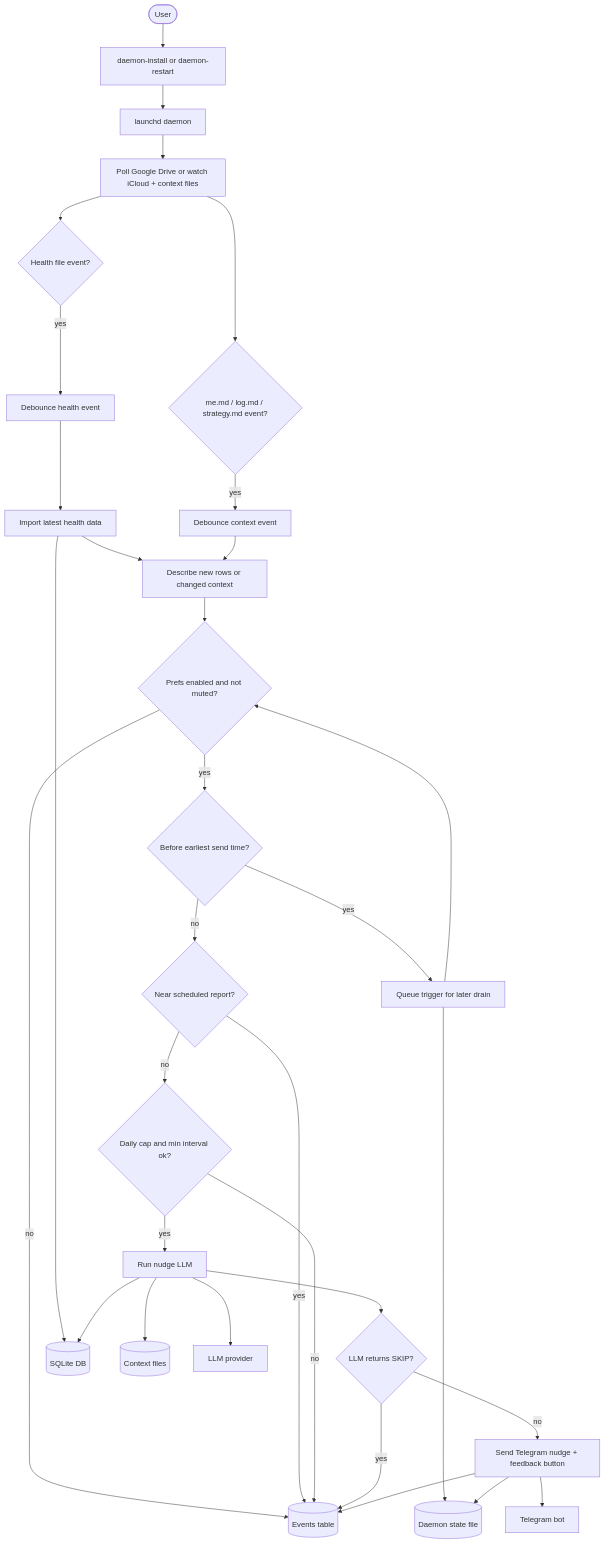
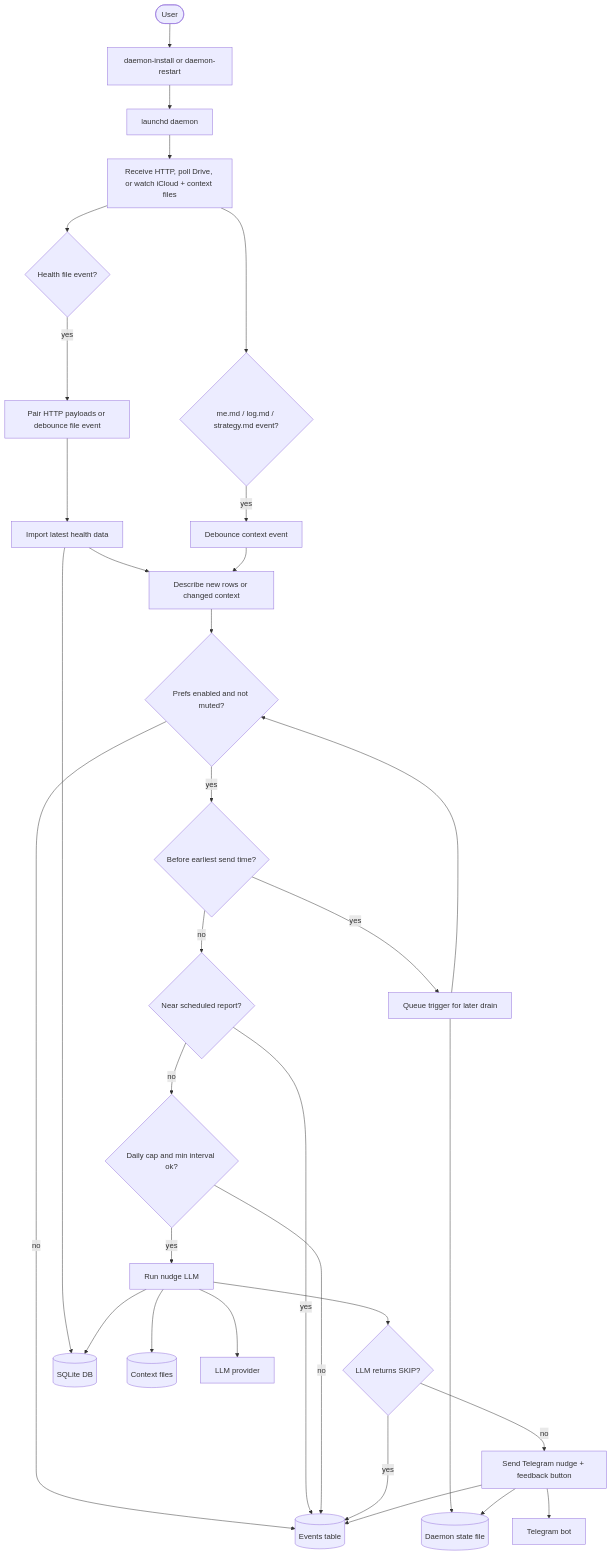
The fourth of 8 diagrams in docs/user-flow.md (Alchemication/zdrowskit), drawn with Mermaid before and after one commit. The commit also changed other lines of this file and 25 other files, not shown here.

````diff
--- a/docs/user-flow.md
+++ b/docs/user-flow.md
@@ -151,59 +172,59 @@
 ```mermaid
 flowchart TD
     user([User])
     install["daemon-install or daemon-restart"]
     daemon["launchd daemon"]
-    watcher["Poll Google Drive or watch iCloud + context files"]
+    watcher["Receive HTTP, poll Drive, or watch iCloud + context files"]
     healthEvent{"Health file event?"}
     contextEvent{"me.md / log.md / strategy.md event?"}
-    healthDebounce["Debounce health event"]
+    healthDebounce["Pair HTTP payloads or debounce file event"]
     contextDebounce["Debounce context event"]
     importData["Import latest health data"]
     delta["Describe new rows or changed context"]
     prefs{"Prefs enabled and not muted?"}
     quiet{"Before earliest send time?"}
     queue["Queue trigger for later drain"]
     reportWindow{"Near scheduled report?"}
     rate{"Daily cap and min interval ok?"}
     nudge["Run nudge LLM"]
     skip{"LLM returns SKIP?"}
     send["Send Telegram nudge + feedback button"]
     eventLog[(Events table)]
     state[(Daemon state file)]
     db[(SQLite DB)]
     context[(Context files)]
     llm["LLM provider"]
     telegram["Telegram bot"]
 
     user --> install
     install --> daemon
     daemon --> watcher
     watcher --> healthEvent
     watcher --> contextEvent
     healthEvent -- yes --> healthDebounce
     healthDebounce --> importData
     importData --> db
     importData --> delta
     contextEvent -- yes --> contextDebounce
     contextDebounce --> delta
     delta --> prefs
     prefs -- no --> eventLog
     prefs -- yes --> quiet
     quiet -- yes --> queue
     queue --> state
     queue --> prefs
     quiet -- no --> reportWindow
     reportWindow -- yes --> eventLog
     reportWindow -- no --> rate
     rate -- no --> eventLog
     rate -- yes --> nudge
     nudge --> db
     nudge --> context
     nudge --> llm
     nudge --> skip
     skip -- yes --> eventLog
     skip -- no --> send
     send --> telegram
     send --> state
     send --> eventLog
 ```
````
